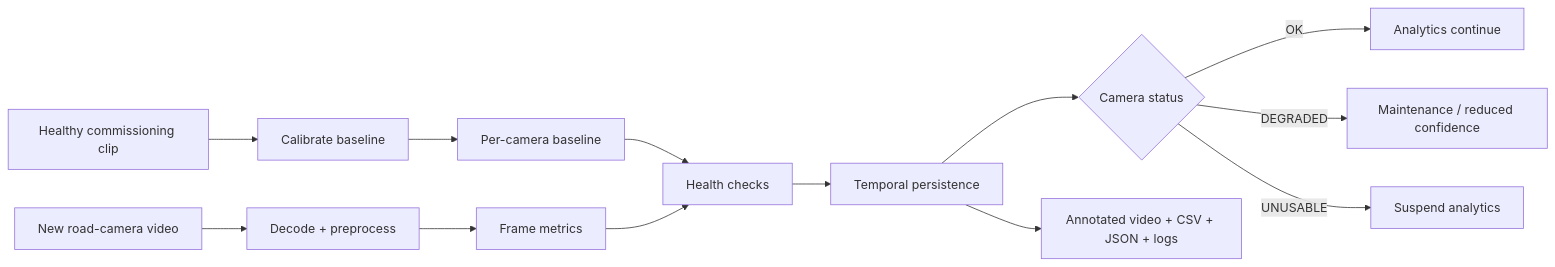
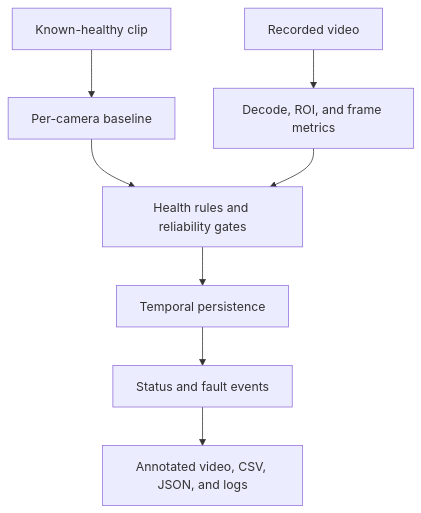
The diagram in README.md (Tamer1020/road-camera-health-monitor), drawn with Mermaid before and after one commit. The commit also changed other lines of this file and 4 other files, not shown here.

First line of the commit message:
docs: strengthen camera-health portfolio presentation

````diff
--- a/README.md
+++ b/README.md
@@ -29,15 +84,10 @@
 ```mermaid
-flowchart LR
-    A[Healthy commissioning clip] --> B[Calibrate baseline]
-    B --> C[Per-camera baseline]
-    D[New road-camera video] --> E[Decode + preprocess]
-    C --> F[Health checks]
-    E --> G[Frame metrics]
-    G --> F
-    F --> H[Temporal persistence]
-    H --> I{Camera status}
-    I -->|OK| J[Analytics continue]
-    I -->|DEGRADED| K[Maintenance / reduced confidence]
-    I -->|UNUSABLE| L[Suspend analytics]
-    H --> M[Annotated video + CSV + JSON + logs]
+flowchart TD
+    A["Known-healthy clip"] --> B["Per-camera baseline"]
+    C["Recorded video"] --> D["Decode, ROI, and frame metrics"]
+    B --> E["Health rules and reliability gates"]
+    D --> E
+    E --> F["Temporal persistence"]
+    F --> G["Status and fault events"]
+    G --> H["Annotated video, CSV, JSON, and logs"]
 ```
````
